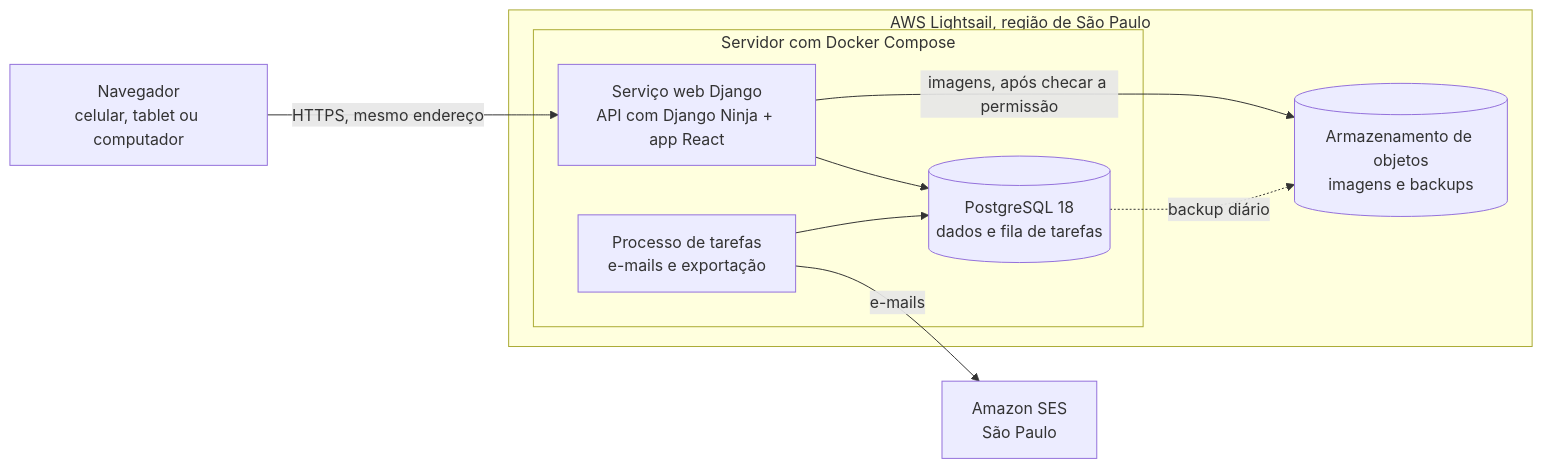
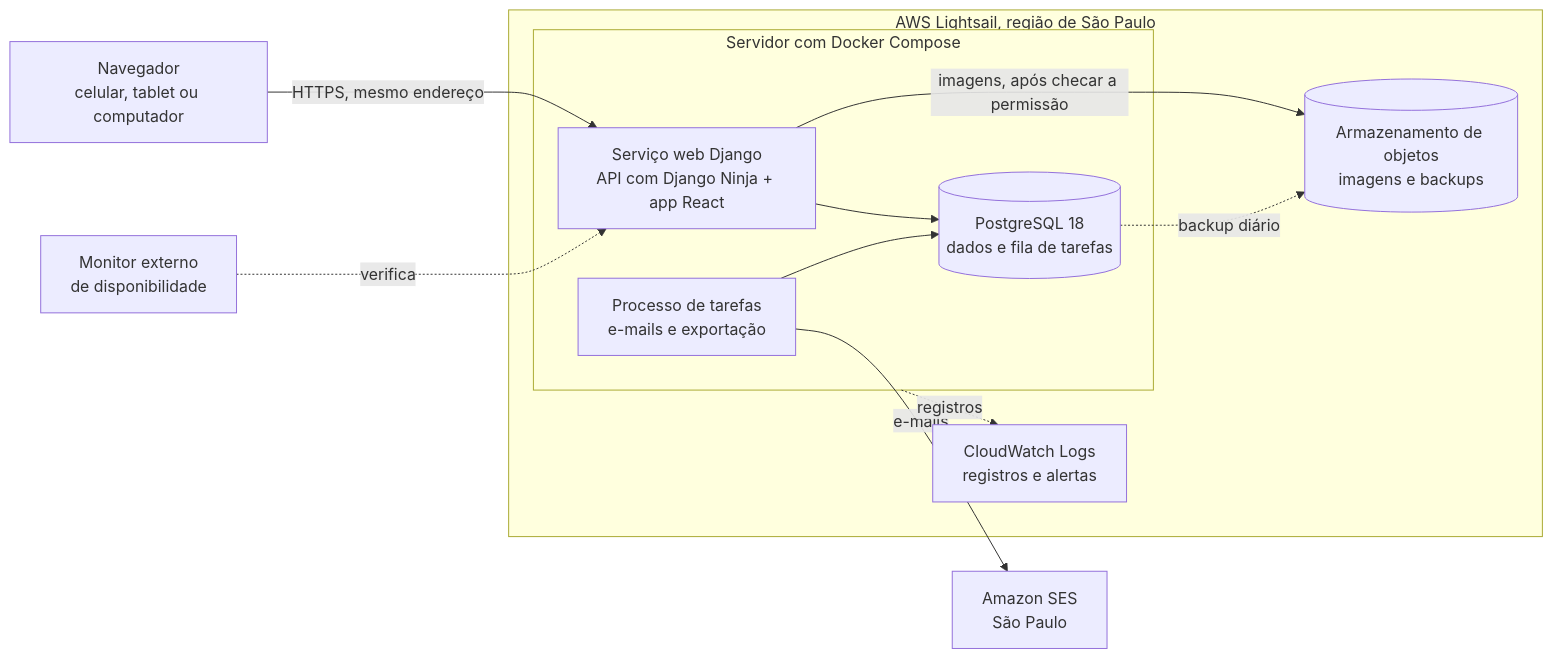
Before and after one commit to JoaoPauloBernardo/MedTeca: the diagram in README.md, drawn with Mermaid. The commit also changed other lines of this file and 6 other files, not shown here.

````diff
--- a/README.md
+++ b/README.md
@@ -102,19 +102,22 @@
 ```mermaid
 flowchart LR
     U["Navegador<br/>celular, tablet ou computador"] -->|HTTPS, mesmo endereço| S
 
     subgraph AWS["AWS Lightsail, região de São Paulo"]
         subgraph SRV["Servidor com Docker Compose"]
             S["Serviço web Django<br/>API com Django Ninja + app React"]
             W["Processo de tarefas<br/>e-mails e exportação"]
             DB[("PostgreSQL 18<br/>dados e fila de tarefas")]
         end
         OS[("Armazenamento de objetos<br/>imagens e backups")]
+        CW["CloudWatch Logs<br/>registros e alertas"]
     end
 
     S --> DB
     W --> DB
     S -->|imagens, após checar a permissão| OS
     W -->|e-mails| SES["Amazon SES<br/>São Paulo"]
     DB -. backup diário .-> OS
+    SRV -. registros .-> CW
+    MON["Monitor externo<br/>de disponibilidade"] -. verifica .-> S
 ```
````
